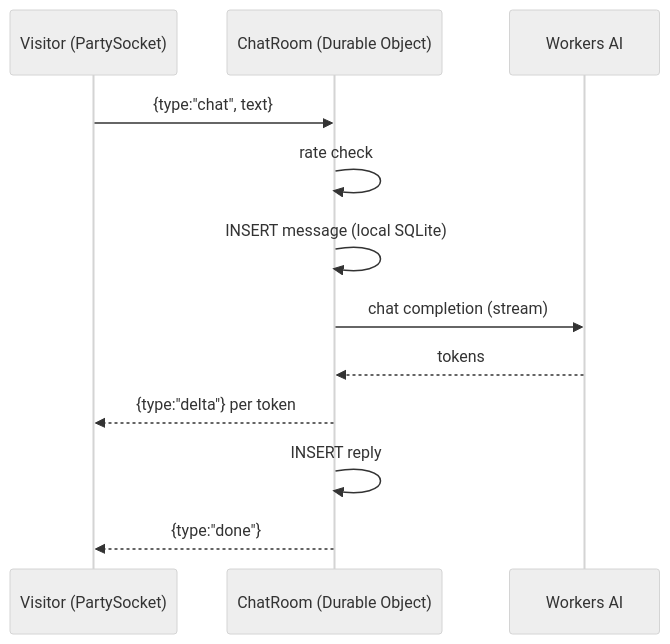
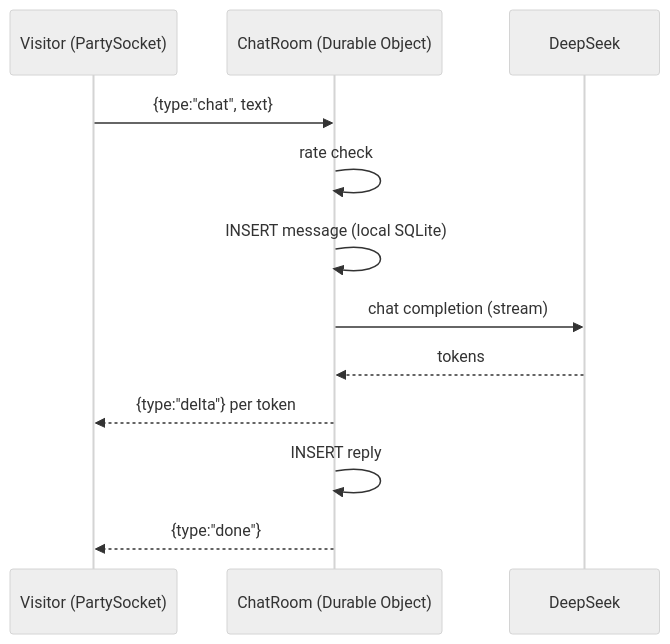
Before and after one commit to murugu-21/murugu-21.github.io: the third of 3 diagrams in blog/content/blog/sitegpt-partykit-durable-objects/index.md, drawn with Mermaid (neutral theme). The commit also changed 7 other files, not shown here.

First line of the commit message:
feat(chat): gate on the DeepSeek balance, not a daily allowance

````diff
--- a/blog/content/blog/sitegpt-partykit-durable-objects/index.md
+++ b/blog/content/blog/sitegpt-partykit-durable-objects/index.md
@@ -154,14 +154,14 @@
 ```mermaid
 sequenceDiagram
     participant V as Visitor (PartySocket)
     participant DO as ChatRoom (Durable Object)
-    participant AI as Workers AI
+    participant AI as DeepSeek
     V->>DO: {type:"chat", text}
     DO->>DO: rate check
     DO->>DO: INSERT message (local SQLite)
     DO->>AI: chat completion (stream)
     AI-->>DO: tokens
     DO-->>V: {type:"delta"} per token
     DO->>DO: INSERT reply
     DO-->>V: {type:"done"}
 ```
````
